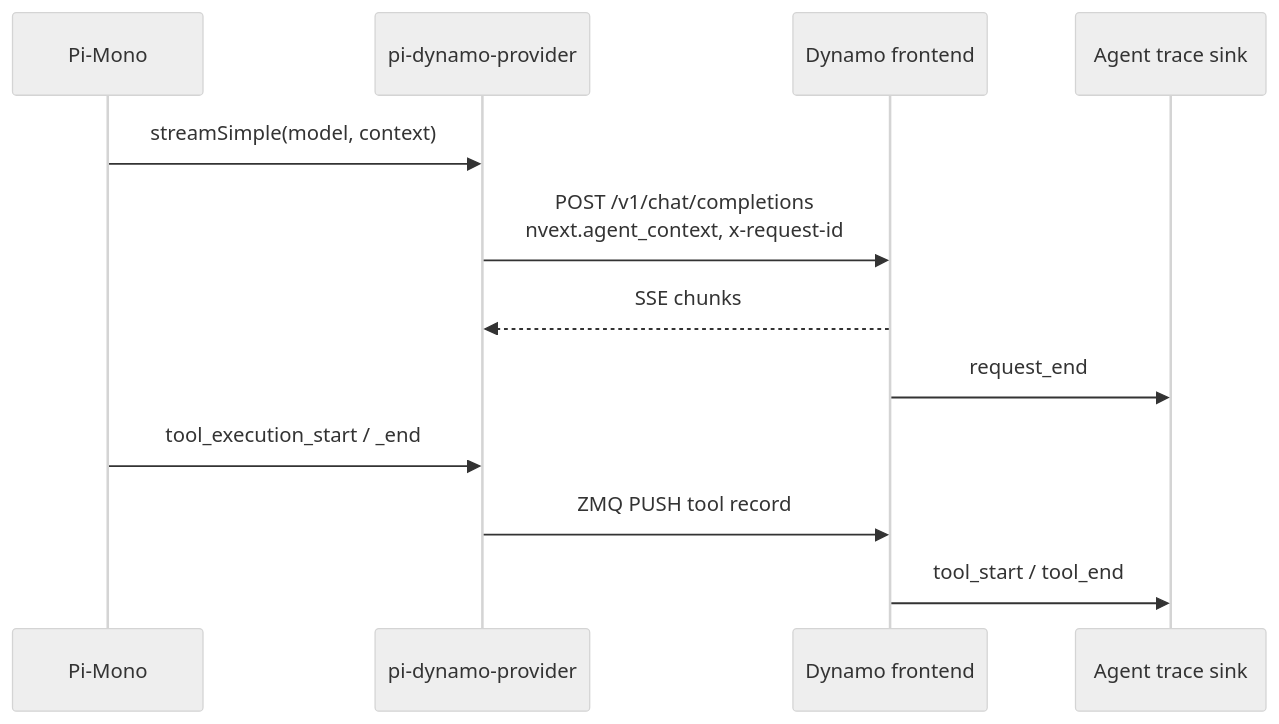
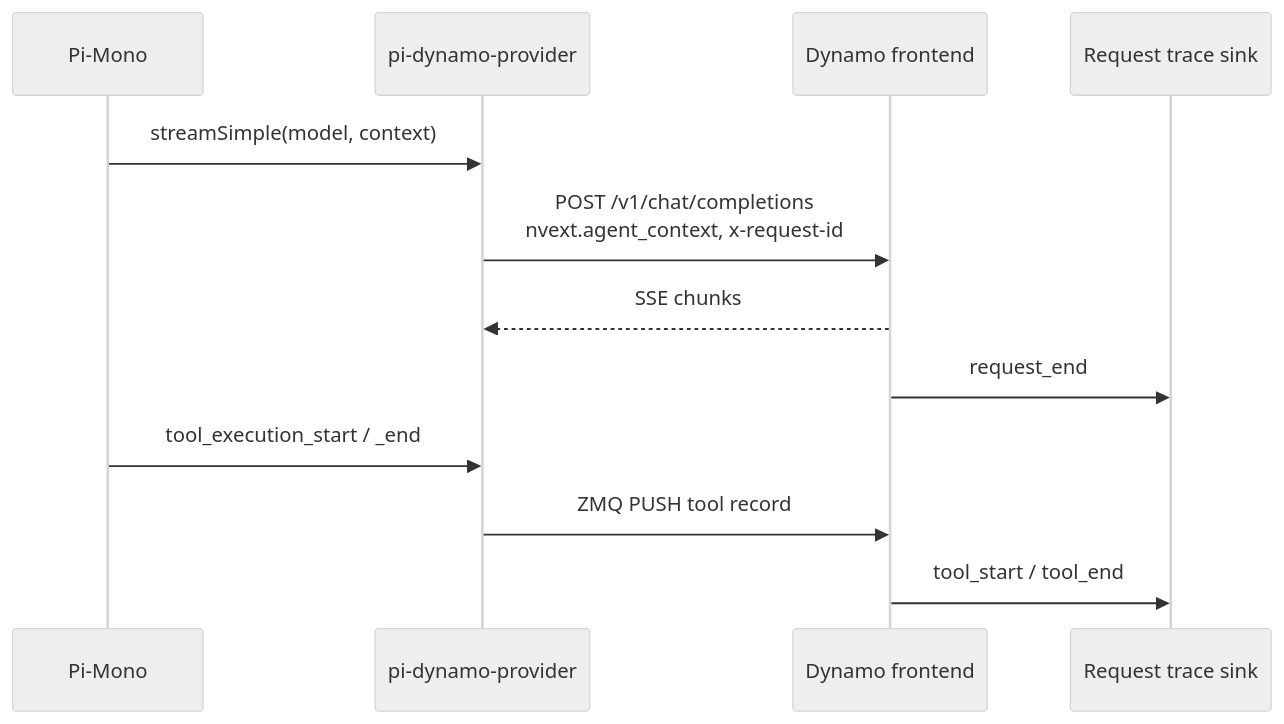
The diagram in docs/agents/pi-mono.md (ai-dynamo/dynamo), drawn with Mermaid (neutral theme) before and after one commit. The commit also changed other lines of this file and 51 other files, not shown here.

Commit message:
request trace: remove agent trace switch

````diff
--- a/docs/agents/pi-mono.md
+++ b/docs/agents/pi-mono.md
@@ -29,15 +29,15 @@
 ```mermaid
 sequenceDiagram
     participant Pi as Pi-Mono
     participant Provider as pi-dynamo-provider
     participant Dynamo as Dynamo frontend
-    participant Trace as Agent trace sink
+    participant Trace as Request trace sink
 
     Pi->>Provider: streamSimple(model, context)
     Provider->>Dynamo: POST /v1/chat/completions<br/>nvext.agent_context, x-request-id
     Dynamo-->>Provider: SSE chunks
     Dynamo->>Trace: request_end
     Pi->>Provider: tool_execution_start / _end
     Provider->>Dynamo: ZMQ PUSH tool record
     Dynamo->>Trace: tool_start / tool_end
 ```
````
